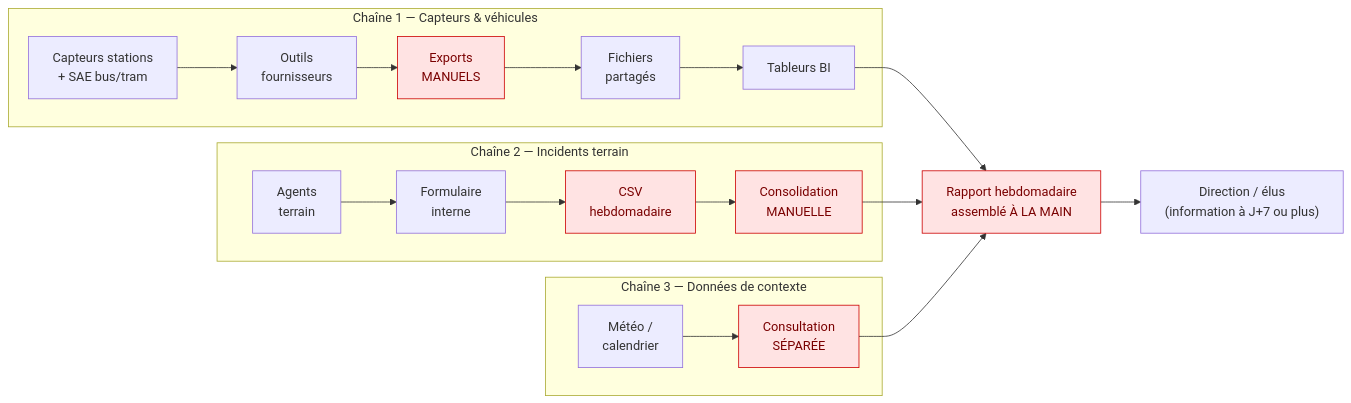
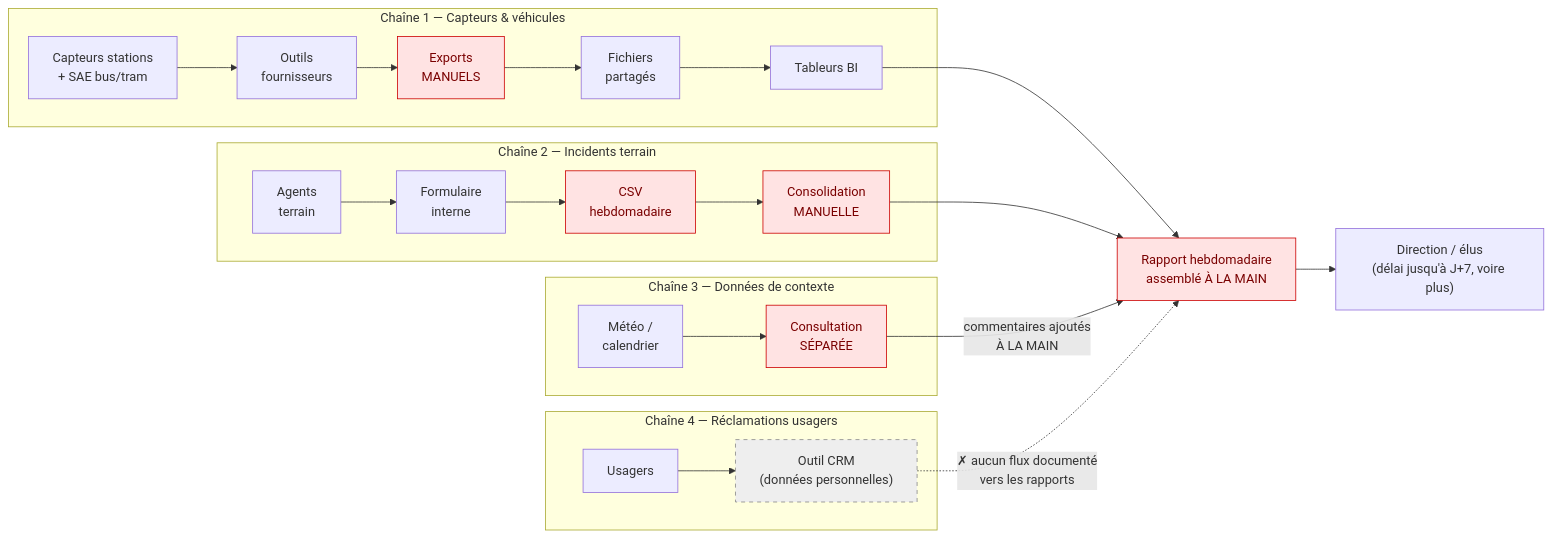
Before and after one commit to ouassim16wass/E1: the diagram in livrables/01_rapport_preliminaire_C1.md, drawn with Mermaid. The commit also changed other lines of this file and 1 other file, not shown here.

Commit message:
Schéma flux existants corrigé : chaîne 4 réclamations (silo CRM), étape commentaires manuels, délai J+7 reformulé, hypothèse signalée

````diff
--- a/livrables/01_rapport_preliminaire_C1.md
+++ b/livrables/01_rapport_preliminaire_C1.md
@@ -24,27 +24,34 @@
 ```mermaid
 flowchart LR
     subgraph CH1["Chaîne 1 — Capteurs & véhicules"]
         A1["Capteurs stations<br/>+ SAE bus/tram"] --> A2["Outils<br/>fournisseurs"]
         A2 --> A3["Exports<br/>MANUELS"]
         A3 --> A4["Fichiers<br/>partagés"]
         A4 --> A5["Tableurs BI"]
     end
 
     subgraph CH2["Chaîne 2 — Incidents terrain"]
         B1["Agents<br/>terrain"] --> B2["Formulaire<br/>interne"]
         B2 --> B3["CSV<br/>hebdomadaire"]
         B3 --> B4["Consolidation<br/>MANUELLE"]
     end
 
     subgraph CH3["Chaîne 3 — Données de contexte"]
         D1["Météo /<br/>calendrier"] --> D2["Consultation<br/>SÉPARÉE"]
     end
 
+    subgraph CH4["Chaîne 4 — Réclamations usagers"]
+        E1["Usagers"] --> E2["Outil CRM<br/>(données personnelles)"]
+    end
+
     A5 --> R["Rapport hebdomadaire<br/>assemblé À LA MAIN"]
     B4 --> R
-    D2 --> R
-    R --> F["Direction / élus<br/>(information à J+7 ou plus)"]
+    D2 -- "commentaires ajoutés<br/>À LA MAIN" --> R
+    E2 -.->|"✗ aucun flux documenté<br/>vers les rapports"| R
+    R --> F["Direction / élus<br/>(délai jusqu'à J+7, voire plus)"]
 
     classDef manual fill:#ffe3e3,stroke:#cc0000,color:#7a0000;
     class A3,B3,B4,D2,R manual;
+    classDef silo fill:#eeeeee,stroke:#888888,color:#333333,stroke-dasharray: 5 5;
+    class E2 silo;
 ```
````
